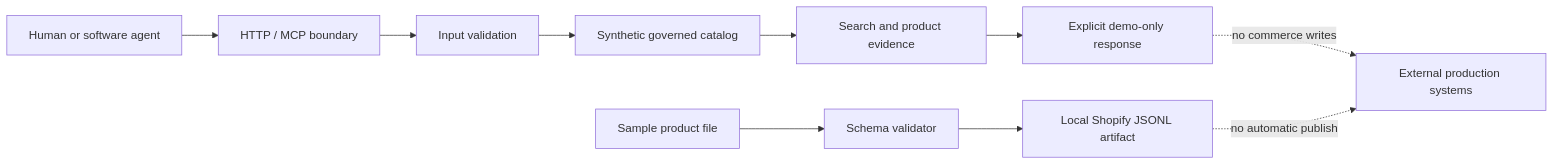
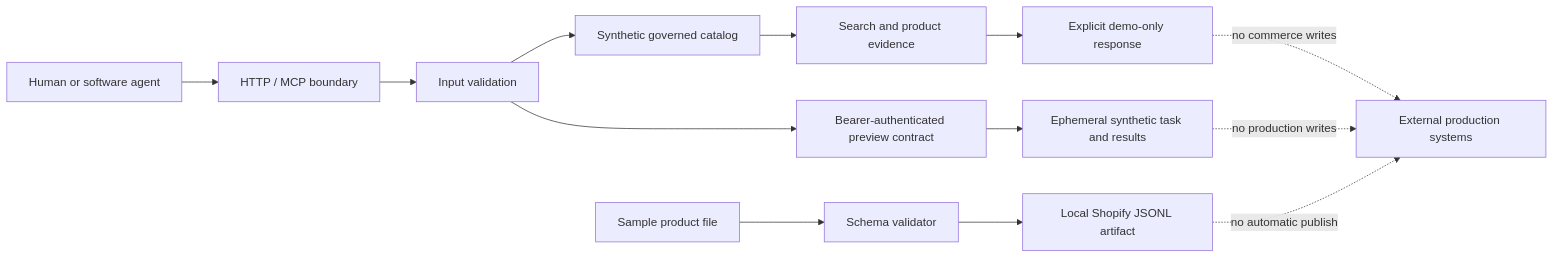
Before and after one commit to SuntekCorps-xLab/send-from-china-agent-core: the diagram in README.md, drawn with Mermaid. The commit also changed other lines of this file and 16 other files, not shown here.

````diff
--- a/README.md
+++ b/README.md
@@ -87,12 +107,15 @@
 ```mermaid
 flowchart LR
     A[Human or software agent] --> B[HTTP / MCP boundary]
     B --> C[Input validation]
     C --> D[Synthetic governed catalog]
     D --> E[Search and product evidence]
     E --> F[Explicit demo-only response]
+    C --> K[Bearer-authenticated preview contract]
+    K --> L[Ephemeral synthetic task and results]
     G[Sample product file] --> H[Schema validator]
     H --> I[Local Shopify JSONL artifact]
     F -. no commerce writes .-> J[External production systems]
+    L -. no production writes .-> J
     I -. no automatic publish .-> J
 ```
````
